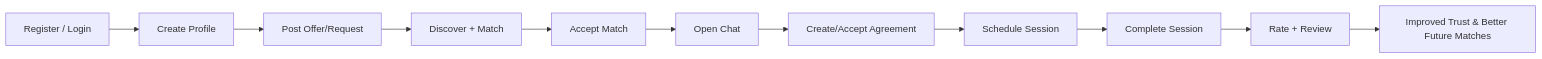
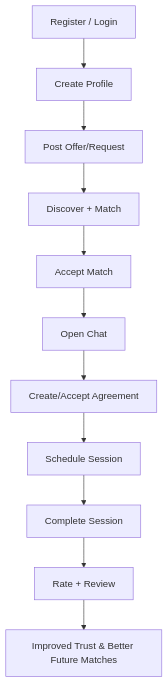
Before and after one commit to kwanele-Cyber/aptitude: the seventh of 7 diagrams in docs/ui_flow_diagrams.md, drawn with Mermaid. The commit also changed other lines of this file and 7 other files, not shown here.

````diff
--- a/docs/ui_flow_diagrams.md
+++ b/docs/ui_flow_diagrams.md
@@ -149,13 +149,13 @@
 ```mermaid
-flowchart LR
+flowchart TD
     AUTH[Register / Login] --> PROFILE[Create Profile]
     PROFILE --> SKILL[Post Offer/Request]
     SKILL --> MATCH[Discover + Match]
     MATCH --> ACCEPT[Accept Match]
     ACCEPT --> CHAT[Open Chat]
     CHAT --> TERMS[Create/Accept Agreement]
     TERMS --> SESSION[Schedule Session]
     SESSION --> COMPLETE[Complete Session]
     COMPLETE --> FEEDBACK[Rate + Review]
-    FEEDBACK --> TRUST[Improved Trust & Better Future Matches]
+    FEEDBACK --> TRUST["Improved Trust & Better Future Matches"]
 ```
````
